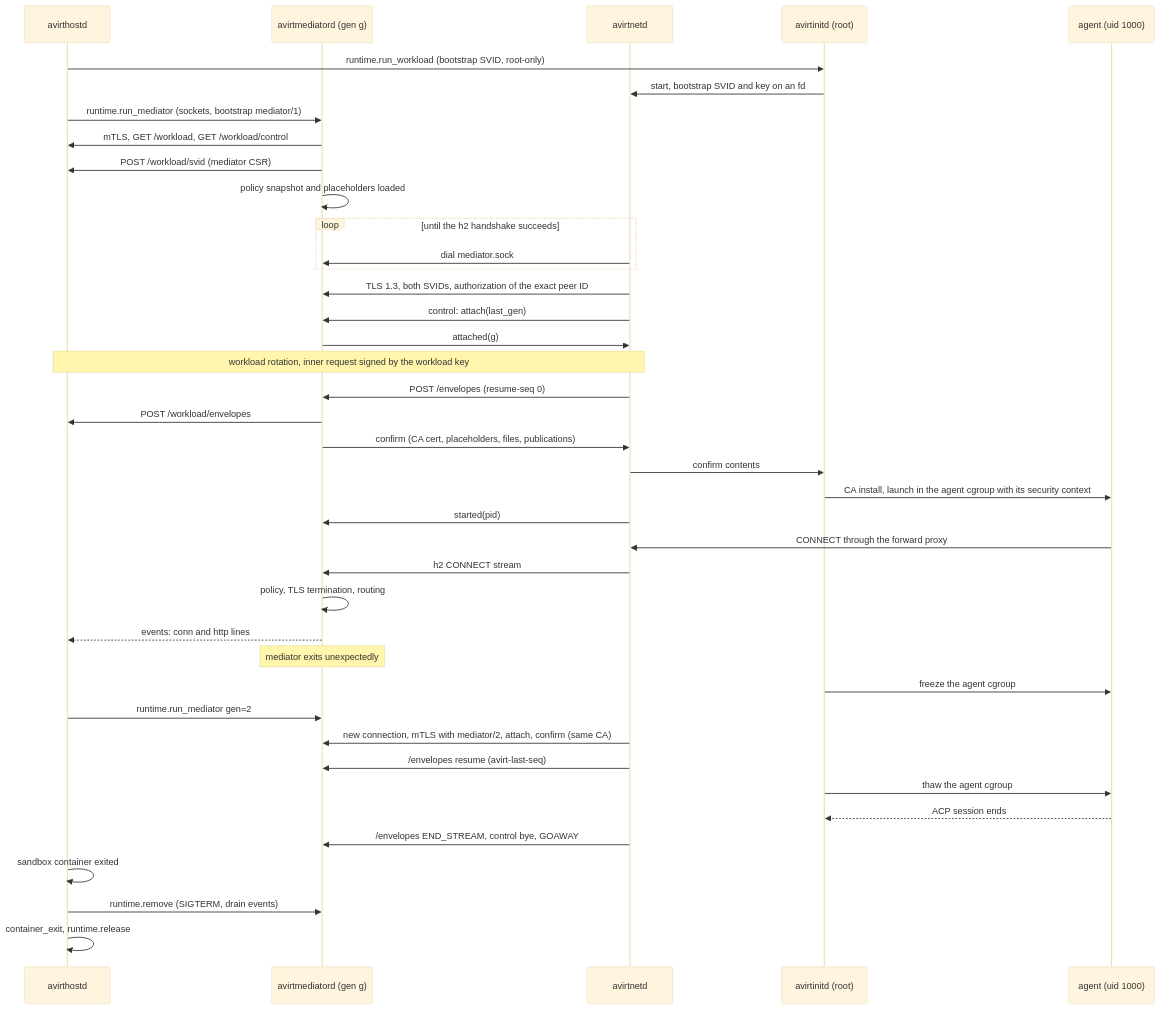
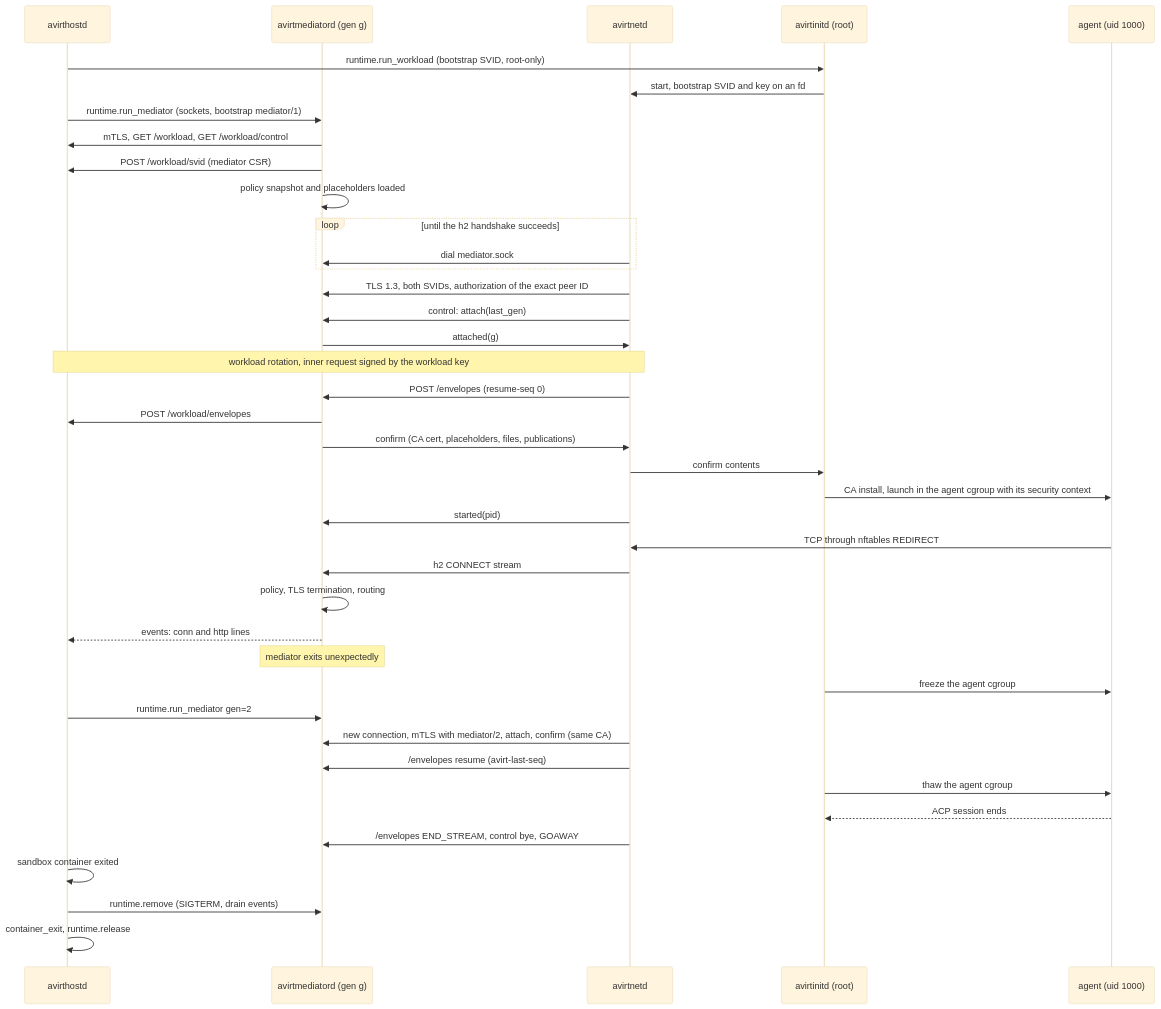
Before and after one commit to tbhb-dev/avirt: the diagram in docs/workload-topology.md, drawn with Mermaid (base theme). The commit also changed other lines of this file and 33 other files, not shown here.

````diff
--- a/docs/workload-topology.md
+++ b/docs/workload-topology.md
@@ -189,42 +171,42 @@
 ```mermaid
 sequenceDiagram
     participant C as avirthostd
     participant M as avirtmediatord (gen g)
     participant N as avirtnetd
     participant I as avirtinitd (root)
     participant A as agent (uid 1000)
     C->>I: runtime.run_workload (bootstrap SVID, root-only)
     I->>N: start, bootstrap SVID and key on an fd
     C->>M: runtime.run_mediator (sockets, bootstrap mediator/1)
     M->>C: mTLS, GET /workload, GET /workload/control
     M->>C: POST /workload/svid (mediator CSR)
     M->>M: policy snapshot and placeholders loaded
     loop until the h2 handshake succeeds
         N->>M: dial mediator.sock
     end
     N->>M: TLS 1.3, both SVIDs, authorization of the exact peer ID
     N->>M: control: attach(last_gen)
     M->>N: attached(g)
     Note over C,N: workload rotation, inner request signed by the workload key
     N->>M: POST /envelopes (resume-seq 0)
     M->>C: POST /workload/envelopes
     M->>N: confirm (CA cert, placeholders, files, publications)
     N->>I: confirm contents
     I->>A: CA install, launch in the agent cgroup with its security context
     N->>M: started(pid)
-    A->>N: CONNECT through the forward proxy
+    A->>N: TCP through nftables REDIRECT
     N->>M: h2 CONNECT stream
     M->>M: policy, TLS termination, routing
     M-->>C: events: conn and http lines
     Note over M: mediator exits unexpectedly
     I->>A: freeze the agent cgroup
     C->>M: runtime.run_mediator gen=2
     N->>M: new connection, mTLS with mediator/2, attach, confirm (same CA)
     N->>M: /envelopes resume (avirt-last-seq)
     I->>A: thaw the agent cgroup
     A-->>I: ACP session ends
     N->>M: /envelopes END_STREAM, control bye, GOAWAY
     C->>C: sandbox container exited
     C->>M: runtime.remove (SIGTERM, drain events)
     C->>C: container_exit, runtime.release
 ```
````
